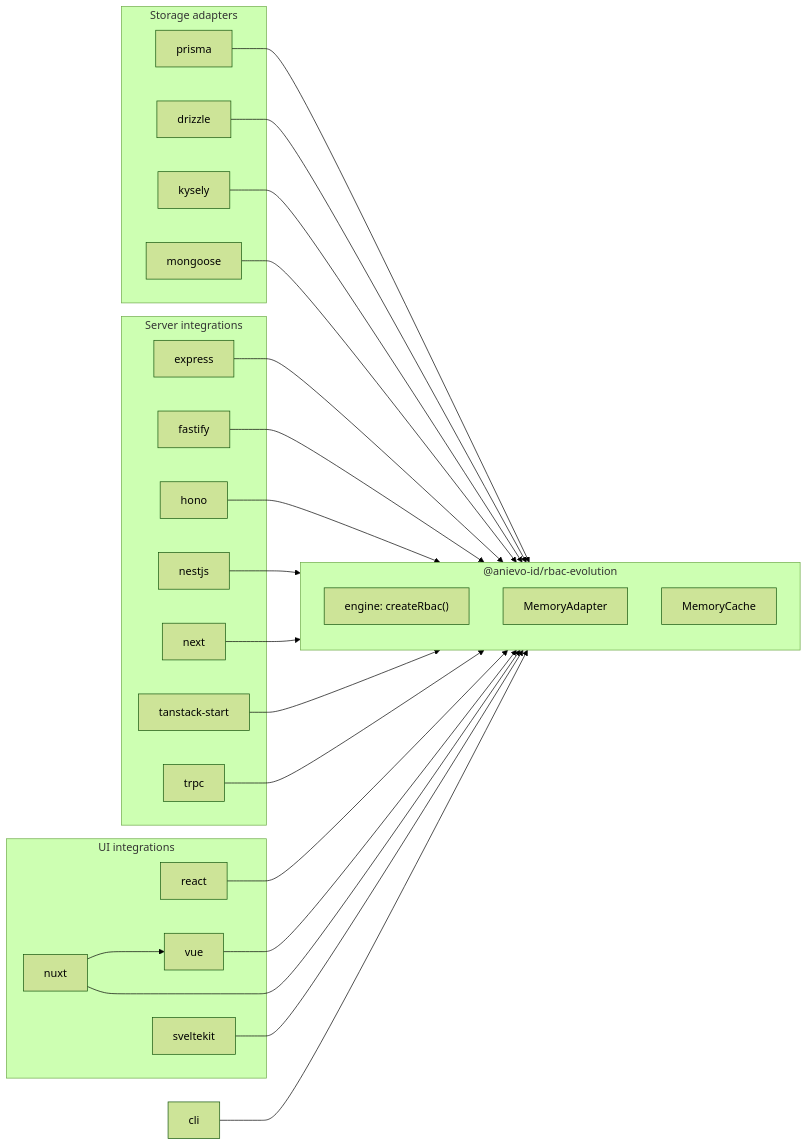
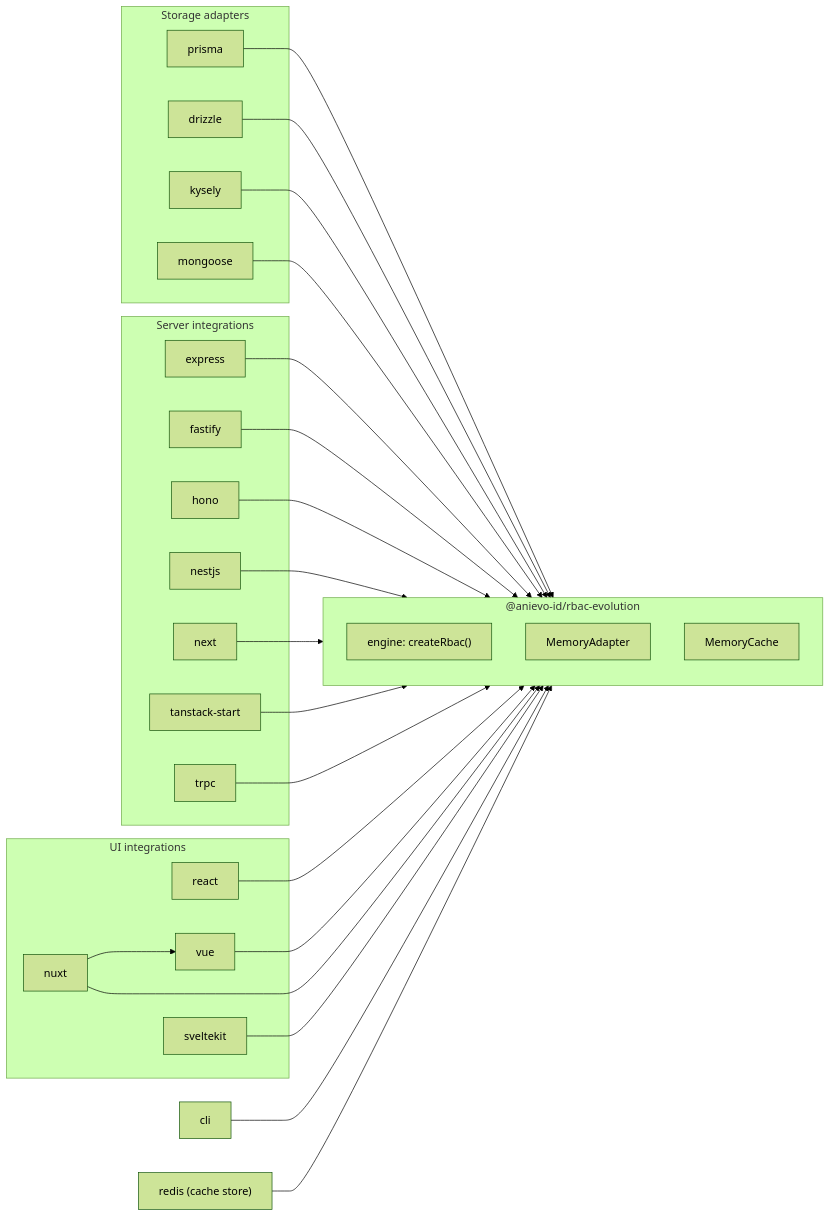
The first of 8 diagrams in docs/guide/how-it-works.md (AniEvo-ID/rbac-evolution), drawn with Mermaid (forest theme) before and after one commit. The commit also changed other lines of this file and 23 other files, not shown here.

First line of the commit message:
feat(redis): add a Redis and Valkey cache store (new package) (#113)

````diff
--- a/docs/guide/how-it-works.md
+++ b/docs/guide/how-it-works.md
@@ -17,52 +17,54 @@
 ```mermaid
 flowchart LR
   subgraph adapters["Storage adapters"]
     prisma["prisma"]
     drizzle["drizzle"]
     kysely["kysely"]
     mongoose["mongoose"]
   end
 
   subgraph core["@anievo-id/rbac-evolution"]
     engine["engine: createRbac()"]
     memory["MemoryAdapter"]
     cache["MemoryCache"]
   end
 
   subgraph server["Server integrations"]
     express["express"]
     fastify["fastify"]
     hono["hono"]
     nestjs["nestjs"]
     next["next"]
     tanstack["tanstack-start"]
     trpc["trpc"]
   end
 
   subgraph ui["UI integrations"]
     react["react"]
     vue["vue"]
     nuxt["nuxt"]
     sveltekit["sveltekit"]
   end
 
   cli["cli"]
+  redis["redis (cache store)"]
 
   prisma --> core
   drizzle --> core
   kysely --> core
   mongoose --> core
   express --> core
   fastify --> core
   hono --> core
   nestjs --> core
   next --> core
   tanstack --> core
   trpc --> core
   react --> core
   vue --> core
   nuxt --> core
   nuxt --> vue
   sveltekit --> core
   cli --> core
+  redis --> core
 ```
````
